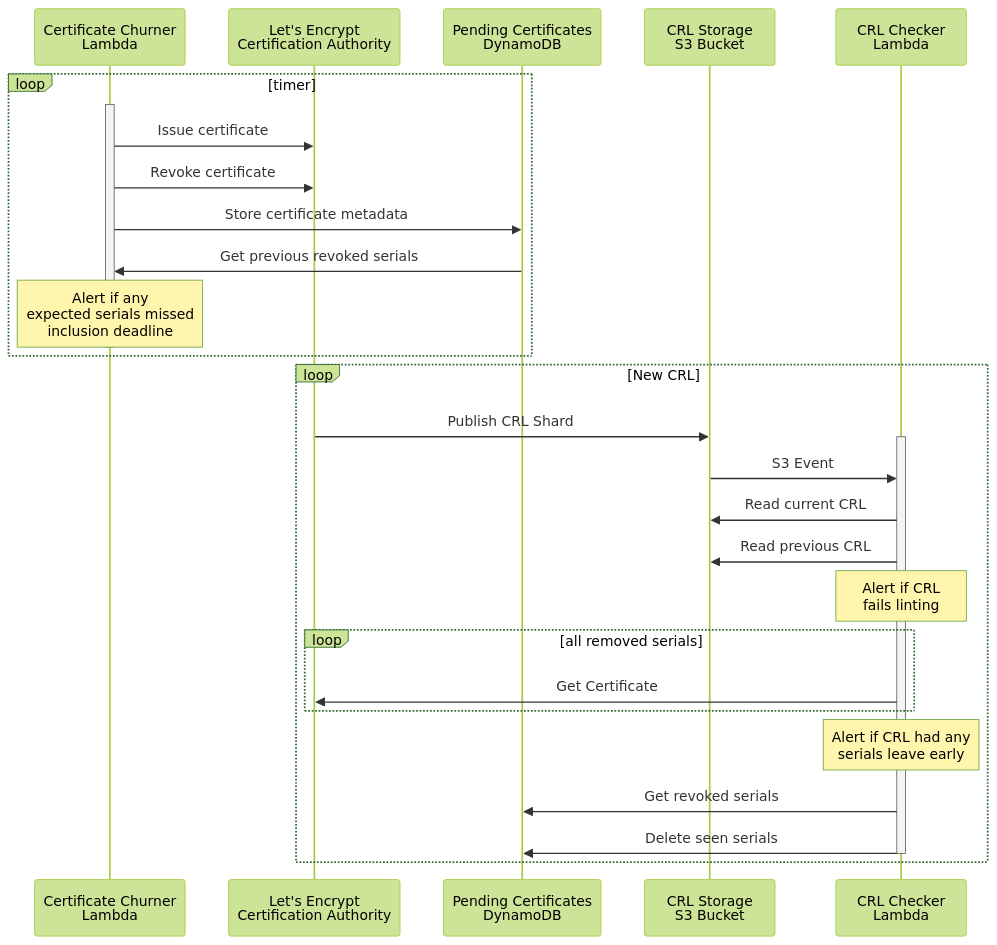
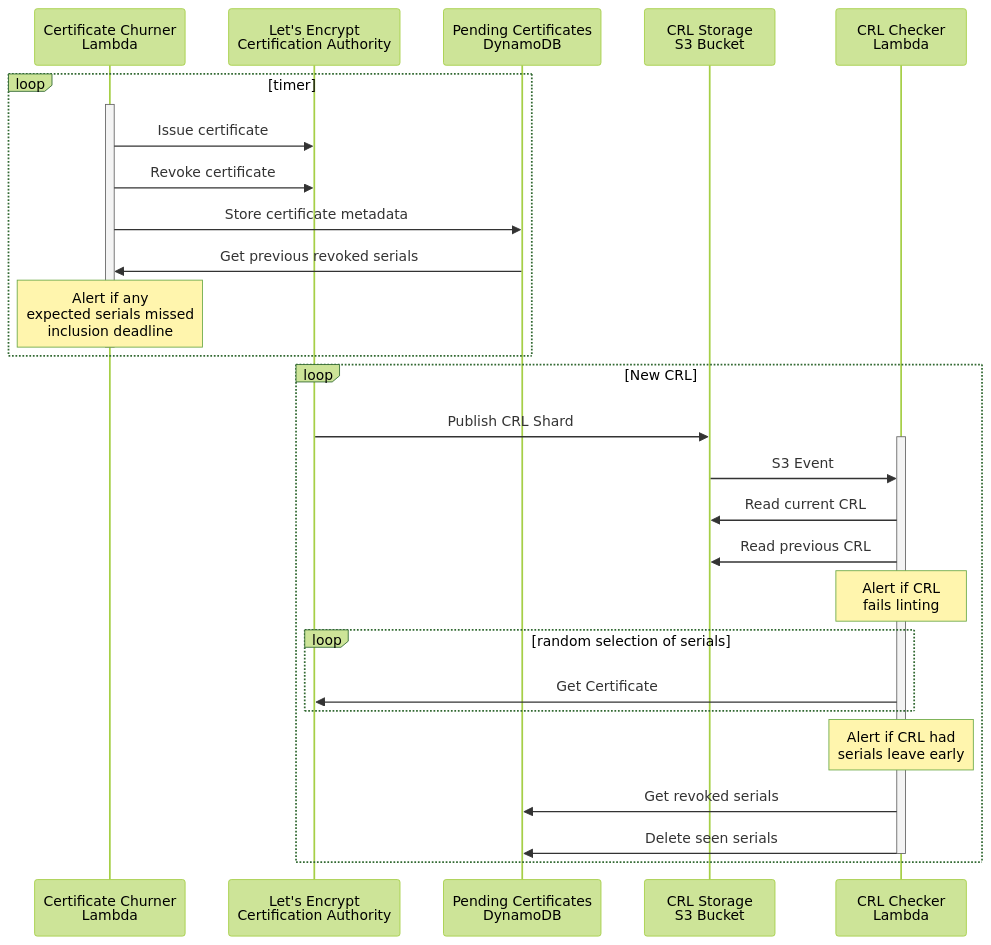
One commit to letsencrypt/crl-monitor changed the diagram in README.md. Above: the diagram before and after it, drawn with Mermaid (forest theme).

Commit message:
Update diagram to note random subset of serials are checked
The original plan was to test all, but we decided to add a cap to how many are checked

````diff
--- a/README.md
+++ b/README.md
@@ -9,34 +9,34 @@
 ```mermaid
 sequenceDiagram
   participant churn as Certificate Churner<br />Lambda
   participant ca as Let's Encrypt<br />Certification Authority
   participant ddb as Pending Certificates<br />DynamoDB
   participant s3 as CRL Storage<br />S3 Bucket
   participant checker as CRL Checker<br />Lambda
 
   loop timer
     activate churn
     churn->>ca: Issue certificate
     churn->>ca: Revoke certificate
     churn->>ddb: Store certificate metadata
     ddb->>churn: Get previous revoked serials
     Note over churn: Alert if any<br />expected serials missed<br />inclusion deadline
     deactivate churn
   end
 
   loop New CRL
     ca->>s3: Publish CRL Shard
     activate checker
     s3->>checker: S3 Event
     checker->>s3: Read current CRL
     checker->>s3: Read previous CRL
     Note over checker: Alert if CRL<br />fails linting
-    loop all removed serials
+    loop random selection of serials
       checker->>ca: Get Certificate
     end
-    Note over checker: Alert if CRL had any<br />serials leave early
+    Note over checker: Alert if CRL had<br />serials leave early
     checker->>ddb: Get revoked serials
     checker->>ddb: Delete seen serials
     deactivate checker
   end
 ```
````
